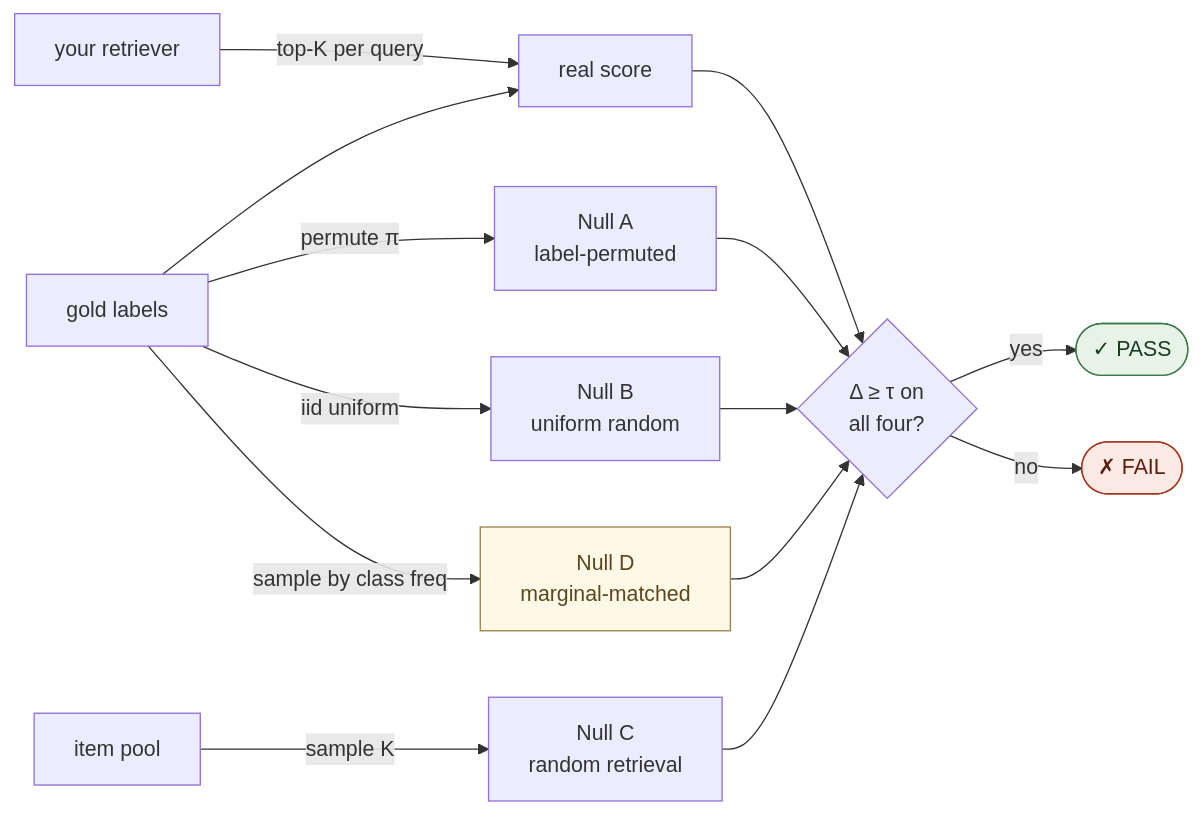
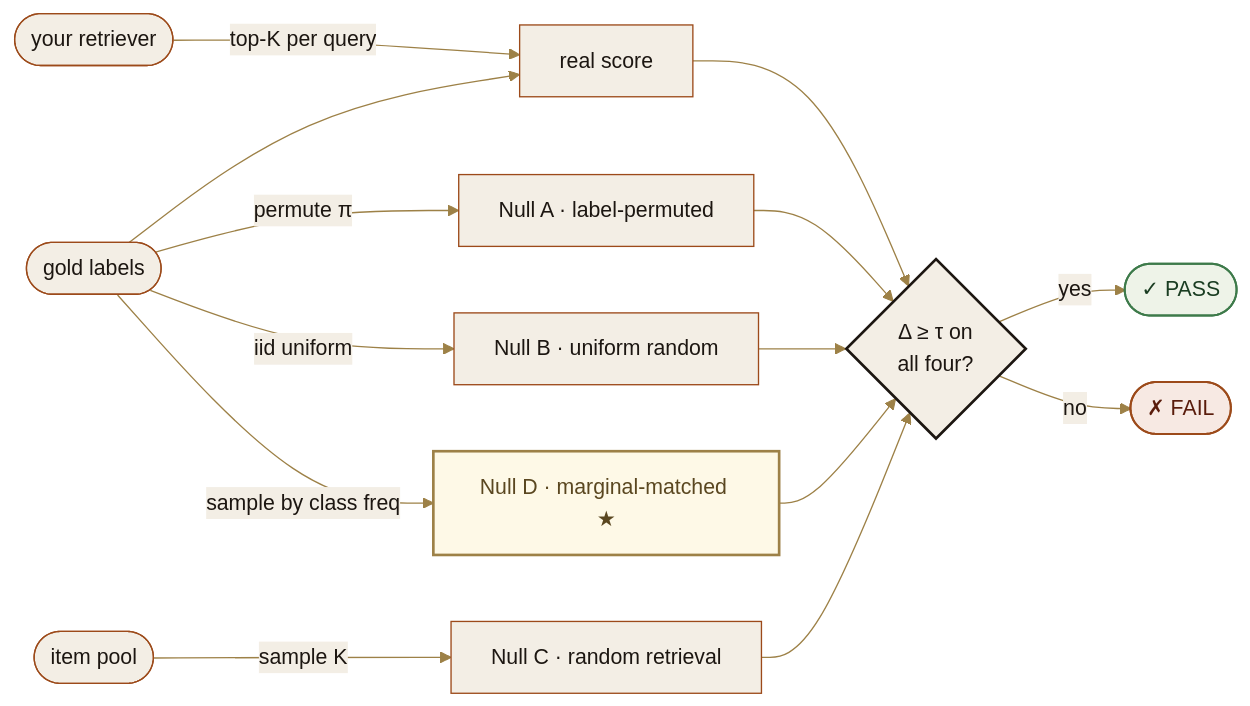
The diagram in README.md (spalsh-spec/falsify-eval), drawn with Mermaid before and after one commit. The commit also changed 9 other files, not shown here.

````diff
--- a/README.md
+++ b/README.md
@@ -74,22 +74,34 @@
 ```mermaid
+%%{init: {'theme': 'base', 'themeVariables': {
+    'fontFamily': 'Garamond, EB Garamond, Georgia, serif',
+    'primaryColor': '#f3eee5',
+    'primaryTextColor': '#1c1611',
+    'primaryBorderColor': '#9c4a1a',
+    'lineColor': '#9d8147',
+    'tertiaryColor': '#faf6ed',
+    'tertiaryBorderColor': '#d4c8b2',
+    'edgeLabelBackground': '#f3eee5'
+}}}%%
 flowchart LR
-    R[your retriever] -->|top-K per query| S[real score]
-    G[gold labels] --> S
-    G -->|permute π| A[Null A<br/>label-permuted]
-    G -->|iid uniform| B[Null B<br/>uniform random]
-    P[item pool] -->|sample K| C[Null C<br/>random retrieval]
-    G -->|sample by class freq| D[Null D<br/>marginal-matched]
+    R([your retriever]) -->|top-K per query| S[real score]
+    G([gold labels]) --> S
+    G -->|permute π| A[Null A · label-permuted]
+    G -->|iid uniform| B[Null B · uniform random]
+    P([item pool]) -->|sample K| C[Null C · random retrieval]
+    G -->|sample by class freq| D[Null D · marginal-matched ★]
     S --> Δ{Δ ≥ τ on<br/>all four?}
     A --> Δ
     B --> Δ
     C --> Δ
     D --> Δ
     Δ -->|yes| PASS([✓ PASS])
     Δ -->|no| FAIL([✗ FAIL])
-    classDef ok    fill:#e8f3e8,stroke:#3d7a4a,color:#1a3d22;
-    classDef fail  fill:#fbe9e3,stroke:#a8341c,color:#5a1c0c;
-    classDef novel fill:#fef9e7,stroke:#9d8147,color:#5a4720;
+    classDef ok    fill:#eef3e8,stroke:#3d7a4a,color:#1a3d22,stroke-width:1.5px;
+    classDef fail  fill:#f7e9e3,stroke:#9c4a1a,color:#5a1c0c,stroke-width:1.5px;
+    classDef novel fill:#fef9e7,stroke:#9d8147,color:#5a4720,stroke-width:2px;
+    classDef gate  fill:#f3eee5,stroke:#1c1611,color:#1c1611,stroke-width:2px;
     class PASS ok
     class FAIL fail
     class D novel
+    class Δ gate
 ```
````
